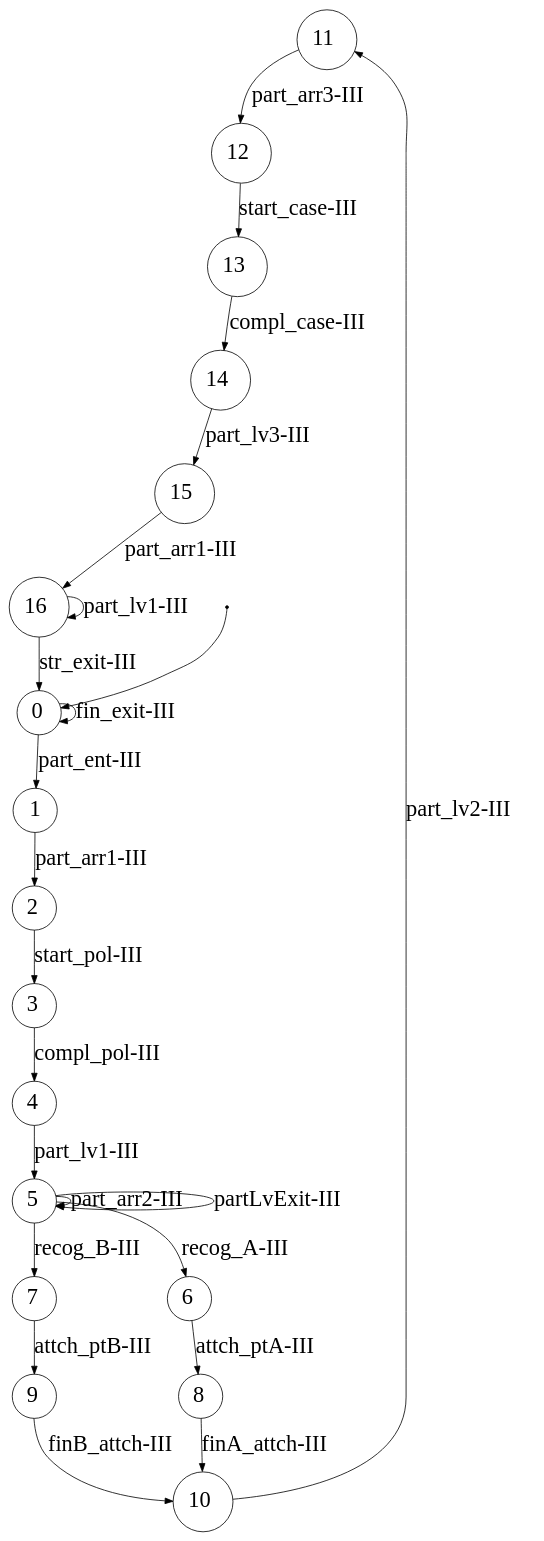
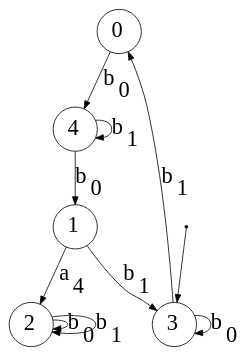
One commit to Reithger/Finite-State-Machine-Model changed the diagram in dotsource.dot. Above: the diagram before and after it, drawn with Graphviz. The commit also changed 8 other files, not shown here.

```diff
--- a/dotsource.dot
+++ b/dotsource.dot
@@ -1,43 +1,18 @@
 digraph G {
-"n0"[label= <11> shape=circle color="black" style=wedged fillcolor="white" style=filled fontsize="28"];
-"n1"[label= <12> shape=circle color="black" style=wedged fillcolor="white" style=filled fontsize="28"];
-"n2"[label= <13> shape=circle color="black" style=wedged fillcolor="white" style=filled fontsize="28"];
-"n3"[label= <14> shape=circle color="black" style=wedged fillcolor="white" style=filled fontsize="28"];
-"n4"[label= <15> shape=circle color="black" style=wedged fillcolor="white" style=filled fontsize="28"];
-"n5"[label= <16> shape=circle color="black" style=wedged fillcolor="white" style=filled fontsize="28"];
-"n6"[label= <0> shape=circle color="black" style=wedged fillcolor="white" style=filled fontsize="28"];
-"ArbitraryUnusedNameNoWorriesJustGrooving7"[fontSize=1 shape=point];
-"n7"[label= <1> shape=circle color="black" style=wedged fillcolor="white" style=filled fontsize="28"];
-"n8"[label= <2> shape=circle color="black" style=wedged fillcolor="white" style=filled fontsize="28"];
-"n9"[label= <3> shape=circle color="black" style=wedged fillcolor="white" style=filled fontsize="28"];
-"n10"[label= <4> shape=circle color="black" style=wedged fillcolor="white" style=filled fontsize="28"];
-"n11"[label= <5> shape=circle color="black" style=wedged fillcolor="white" style=filled fontsize="28"];
-"n12"[label= <6> shape=circle color="black" style=wedged fillcolor="white" style=filled fontsize="28"];
-"n13"[label= <7> shape=circle color="black" style=wedged fillcolor="white" style=filled fontsize="28"];
-"n14"[label= <8> shape=circle color="black" style=wedged fillcolor="white" style=filled fontsize="28"];
-"n15"[label= <9> shape=circle color="black" style=wedged fillcolor="white" style=filled fontsize="28"];
-"n16"[label= <10> shape=circle color="black" style=wedged fillcolor="white" style=filled fontsize="28"];
-{"ArbitraryUnusedNameNoWorriesJustGrooving7"}->{"n6"};
-{"n0"}->{"n1"}[label = <part_arr3-III> color="black" arrowhead="normal" style="" fontsize="28"];
-{"n1"}->{"n2"}[label = <start_case-III> color="black" arrowhead="normal" style="" fontsize="28"];
-{"n2"}->{"n3"}[label = <compl_case-III> color="black" arrowhead="normal" style="" fontsize="28"];
-{"n3"}->{"n4"}[label = <part_lv3-III> color="black" arrowhead="normal" style="" fontsize="28"];
-{"n4"}->{"n5"}[label = <part_arr1-III> color="black" arrowhead="normal" style="" fontsize="28"];
-{"n5"}->{"n5"}[label = <part_lv1-III> color="black" arrowhead="normal" style="" fontsize="28"];
-{"n5"}->{"n6"}[label = <str_exit-III> color="black" arrowhead="normal" style="" fontsize="28"];
-{"n6"}->{"n6"}[label = <fin_exit-III> color="black" arrowhead="normal" style="" fontsize="28"];
-{"n6"}->{"n7"}[label = <part_ent-III> color="black" arrowhead="normal" style="" fontsize="28"];
-{"n7"}->{"n8"}[label = <part_arr1-III> color="black" arrowhead="normal" style="" fontsize="28"];
-{"n8"}->{"n9"}[label = <start_pol-III> color="black" arrowhead="normal" style="" fontsize="28"];
-{"n9"}->{"n10"}[label = <compl_pol-III> color="black" arrowhead="normal" style="" fontsize="28"];
-{"n10"}->{"n11"}[label = <part_lv1-III> color="black" arrowhead="normal" style="" fontsize="28"];
-{"n11"}->{"n12"}[label = <recog_A-III> color="black" arrowhead="normal" style="" fontsize="28"];
-{"n11"}->{"n13"}[label = <recog_B-III> color="black" arrowhead="normal" style="" fontsize="28"];
-{"n11"}->{"n11"}[label = <part_arr2-III> color="black" arrowhead="normal" style="" fontsize="28"];
-{"n11"}->{"n11"}[label = <partLvExit-III> color="black" arrowhead="normal" style="" fontsize="28"];
-{"n12"}->{"n14"}[label = <attch_ptA-III> color="black" arrowhead="normal" style="" fontsize="28"];
-{"n13"}->{"n15"}[label = <attch_ptB-III> color="black" arrowhead="normal" style="" fontsize="28"];
-{"n14"}->{"n16"}[label = <finA_attch-III> color="black" arrowhead="normal" style="" fontsize="28"];
-{"n15"}->{"n16"}[label = <finB_attch-III> color="black" arrowhead="normal" style="" fontsize="28"];
-{"n16"}->{"n0"}[label = <part_lv2-III> color="black" arrowhead="normal" style="" fontsize="28"];
+"n0"[label= <0> shape=circle color="black" style=wedged fillcolor="white" style=filled fontsize="28"];
+"n1"[label= <1> shape=circle color="black" style=wedged fillcolor="white" style=filled fontsize="28"];
+"n2"[label= <2> shape=circle color="black" style=wedged fillcolor="white" style=filled fontsize="28"];
+"n3"[label= <3> shape=circle color="black" style=wedged fillcolor="white" style=filled fontsize="28"];
+"ArbitraryUnusedNameNoWorriesJustGrooving4"[fontSize=1 shape=point];
+"n4"[label= <4> shape=circle color="black" style=wedged fillcolor="white" style=filled fontsize="28"];
+{"ArbitraryUnusedNameNoWorriesJustGrooving4"}->{"n3"};
+{"n0"}->{"n4"}[label = <b<sub>0</sub>> color="black" arrowhead="normal" style="" fontsize="28"];
+{"n1"}->{"n3"}[label = <b<sub>1</sub>> color="black" arrowhead="normal" style="" fontsize="28"];
+{"n1"}->{"n2"}[label = <a<sub>4</sub>> color="black" arrowhead="normal" style="" fontsize="28"];
+{"n2"}->{"n2"}[label = <b<sub>0</sub>> color="black" arrowhead="normal" style="" fontsize="28"];
+{"n2"}->{"n2"}[label = <b<sub>1</sub>> color="black" arrowhead="normal" style="" fontsize="28"];
+{"n3"}->{"n3"}[label = <b<sub>0</sub>> color="black" arrowhead="normal" style="" fontsize="28"];
+{"n3"}->{"n0"}[label = <b<sub>1</sub>> color="black" arrowhead="normal" style="" fontsize="28"];
+{"n4"}->{"n1"}[label = <b<sub>0</sub>> color="black" arrowhead="normal" style="" fontsize="28"];
+{"n4"}->{"n4"}[label = <b<sub>1</sub>> color="black" arrowhead="normal" style="" fontsize="28"];
 }
```
